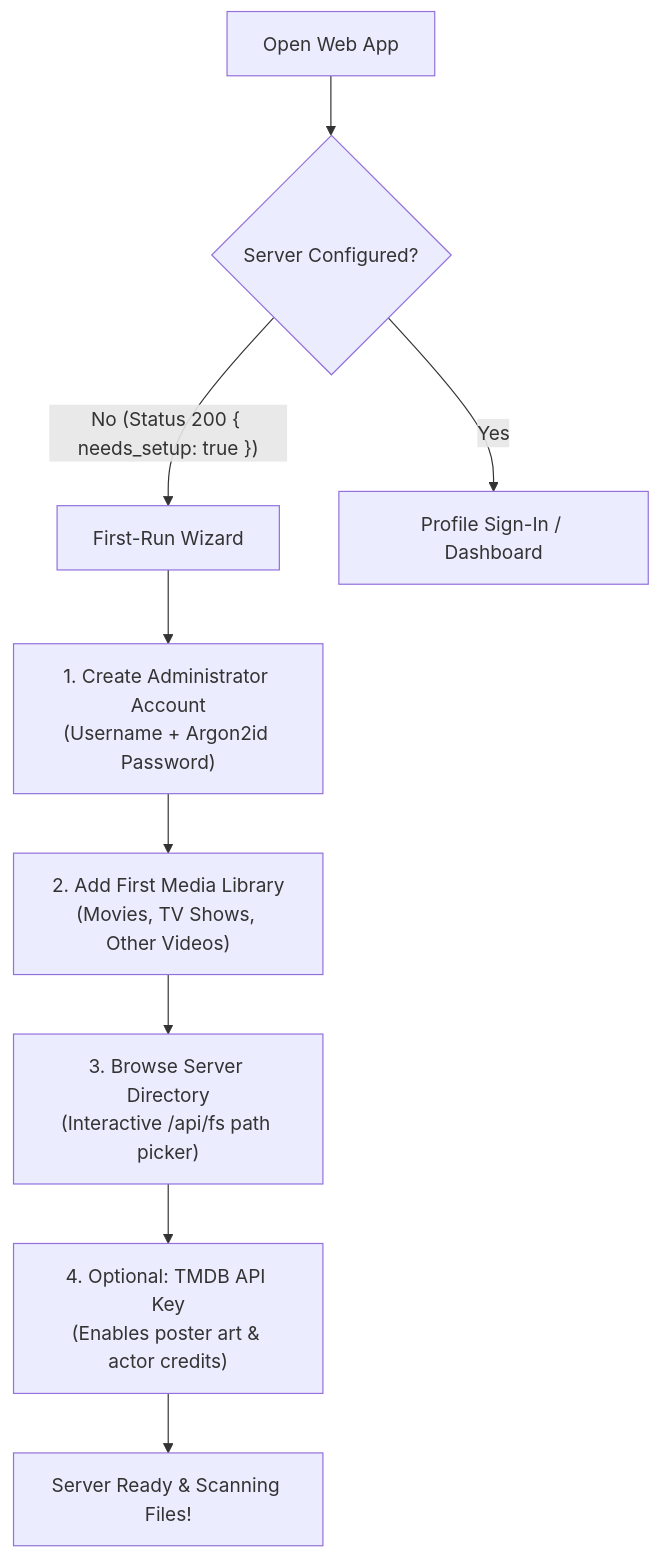
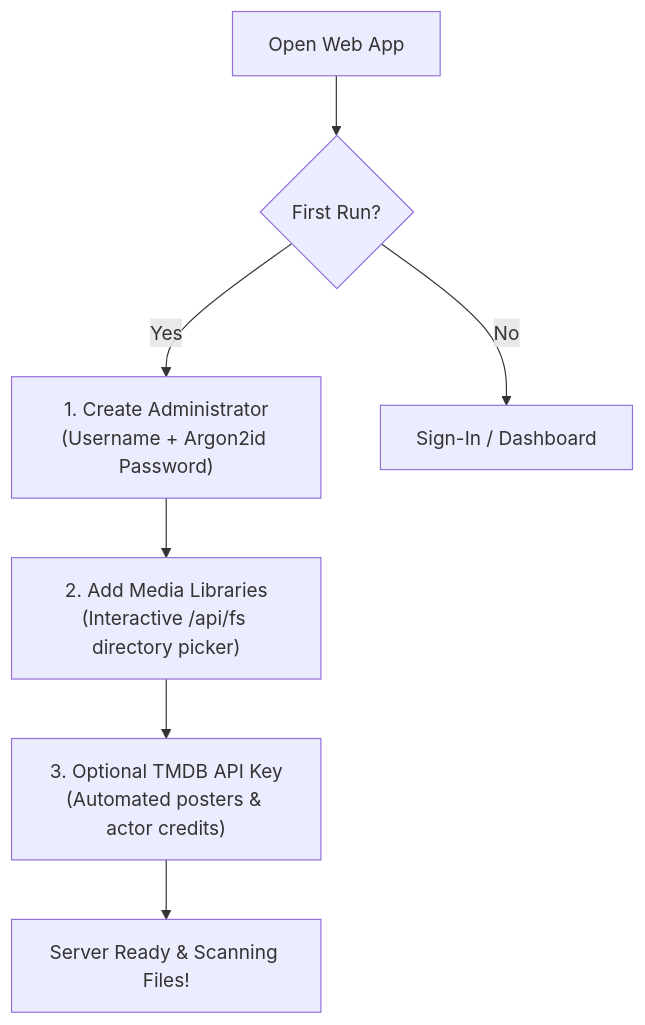
Before and after one commit to aiyu-ayaan/Kinema: the diagram in apps/docs/docs/getting-started/quick-start.md, drawn with Mermaid. The commit also changed other lines of this file and 1 other file, not shown here.

````diff
--- a/apps/docs/docs/getting-started/quick-start.md
+++ b/apps/docs/docs/getting-started/quick-start.md
@@ -111,11 +143,9 @@
 ```mermaid
 graph TD
-    A["Open Web App"] --> B{"Server Configured?"}
-    B -- "No (Status 200 { needs_setup: true })" --> C["First-Run Wizard"]
-    C --> D["1. Create Administrator Account\n(Username + Argon2id Password)"]
-    D --> E["2. Add First Media Library\n(Movies, TV Shows, Other Videos)"]
-    E --> F["3. Browse Server Directory\n(Interactive /api/fs path picker)"]
-    F --> G["4. Optional: TMDB API Key\n(Enables poster art & actor credits)"]
-    G --> H["Server Ready & Scanning Files!"]
-    B -- "Yes" --> I["Profile Sign-In / Dashboard"]
+    A["Open Web App"] --> B{"First Run?"}
+    B -- "Yes" --> C["1. Create Administrator\n(Username + Argon2id Password)"]
+    C --> D["2. Add Media Libraries\n(Interactive /api/fs directory picker)"]
+    D --> E["3. Optional TMDB API Key\n(Automated posters & actor credits)"]
+    E --> F["Server Ready & Scanning Files!"]
+    B -- "No" --> G["Sign-In / Dashboard"]
 ```
````
